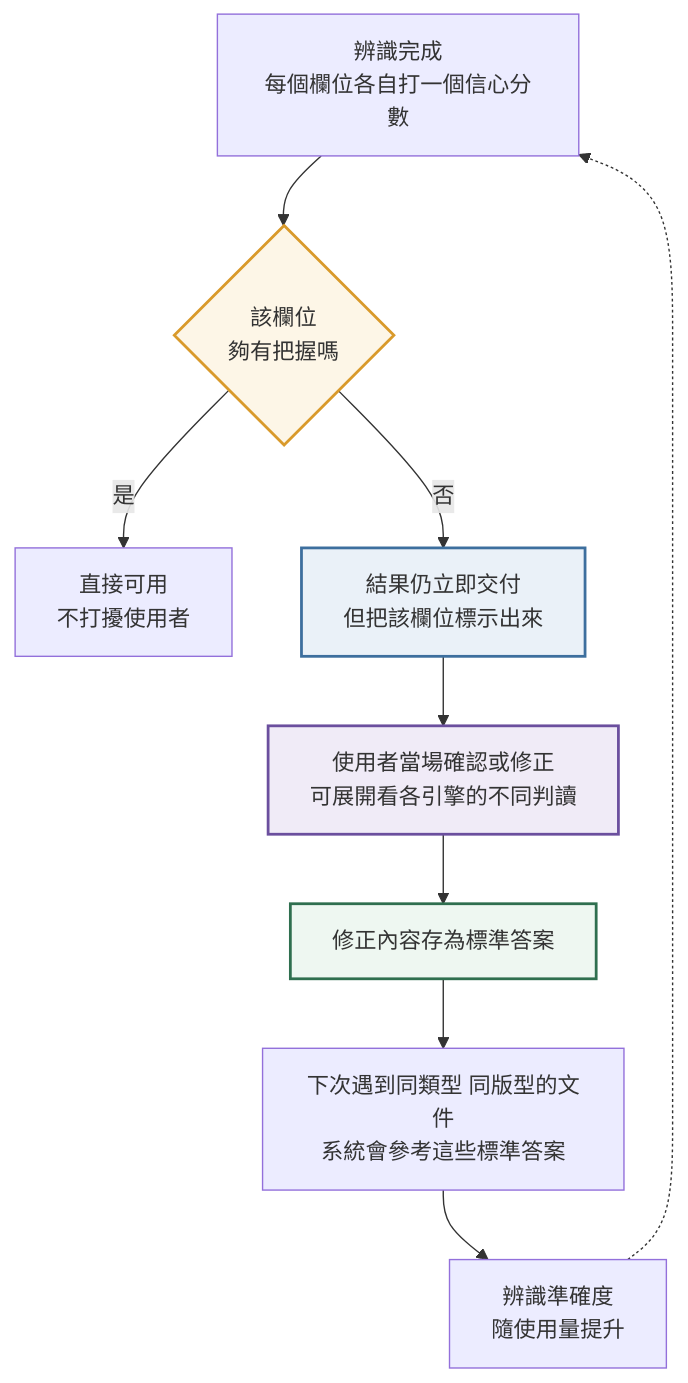
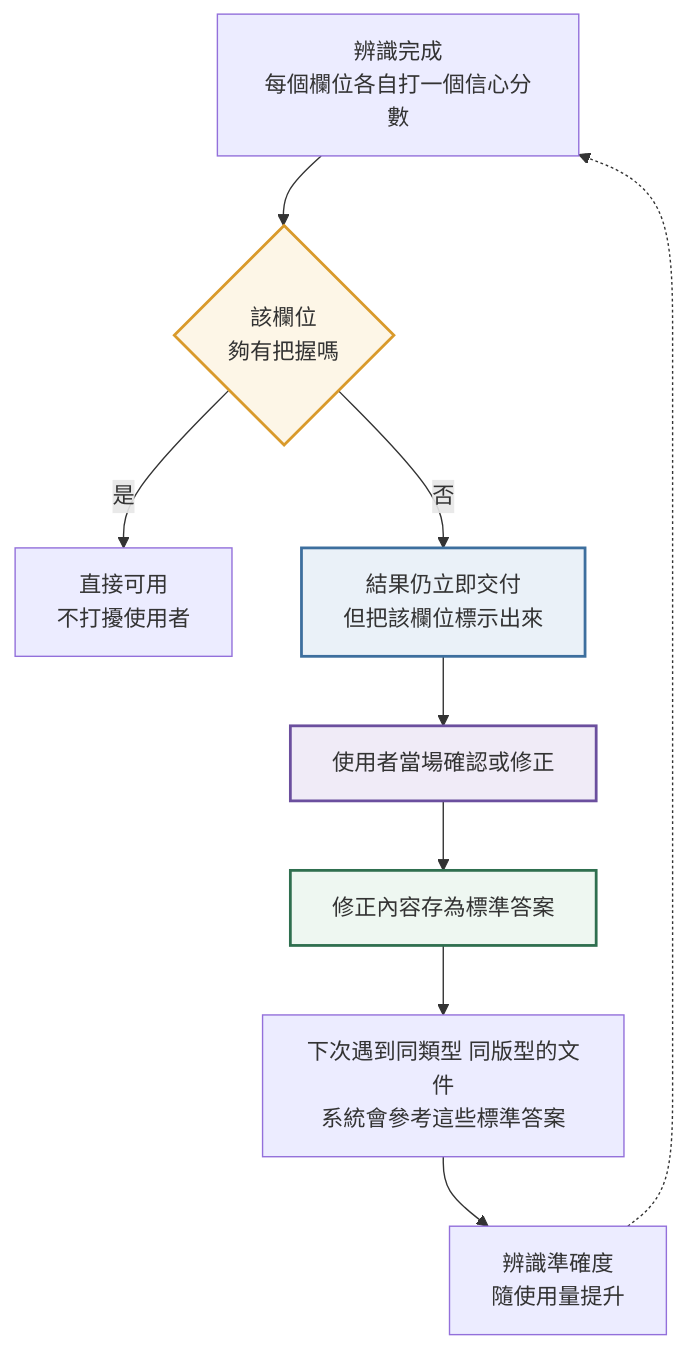
Before and after one commit to welch79328/DocuMind: the third of 3 diagrams in docs/OCR_FLOW_FOR_MARKETING.md, drawn with Mermaid. The commit also changed other lines of this file and 21 other files, not shown here.

````diff
--- a/docs/OCR_FLOW_FOR_MARKETING.md
+++ b/docs/OCR_FLOW_FOR_MARKETING.md
@@ -106,15 +111,15 @@
 ```mermaid
 flowchart TD
     A["辨識完成<br/>每個欄位各自打一個信心分數"] --> B{"該欄位<br/>夠有把握嗎"}
     B -->|"是"| C["直接可用<br/>不打擾使用者"]
     B -->|"否"| D["結果仍立即交付<br/>但把該欄位標示出來"]
-    D --> E["使用者當場確認或修正<br/>可展開看各引擎的不同判讀"]
+    D --> E["使用者當場確認或修正"]
     E --> F["修正內容存為標準答案"]
     F --> G["下次遇到同類型 同版型的文件<br/>系統會參考這些標準答案"]
     G --> H["辨識準確度<br/>隨使用量提升"]
     H -.-> A
     style B fill:#fdf6e7,stroke:#d99a2b,stroke-width:2px
     style D fill:#eaf1f8,stroke:#3d6f9e,stroke-width:2px
     style E fill:#f0ebf7,stroke:#6b4f9e,stroke-width:2px
     style F fill:#eef7f1,stroke:#2f6f4f,stroke-width:2px
 ```
````
